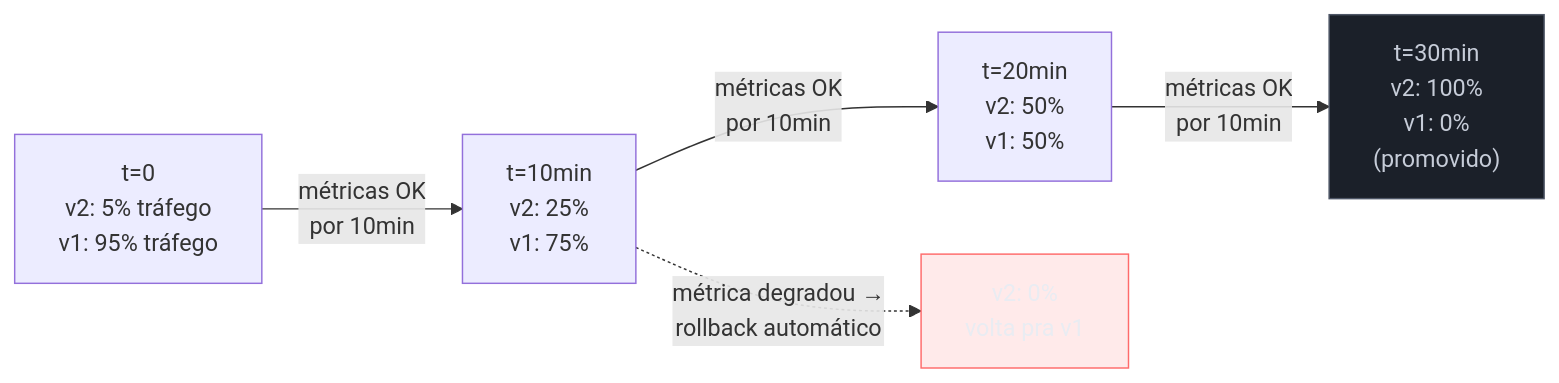
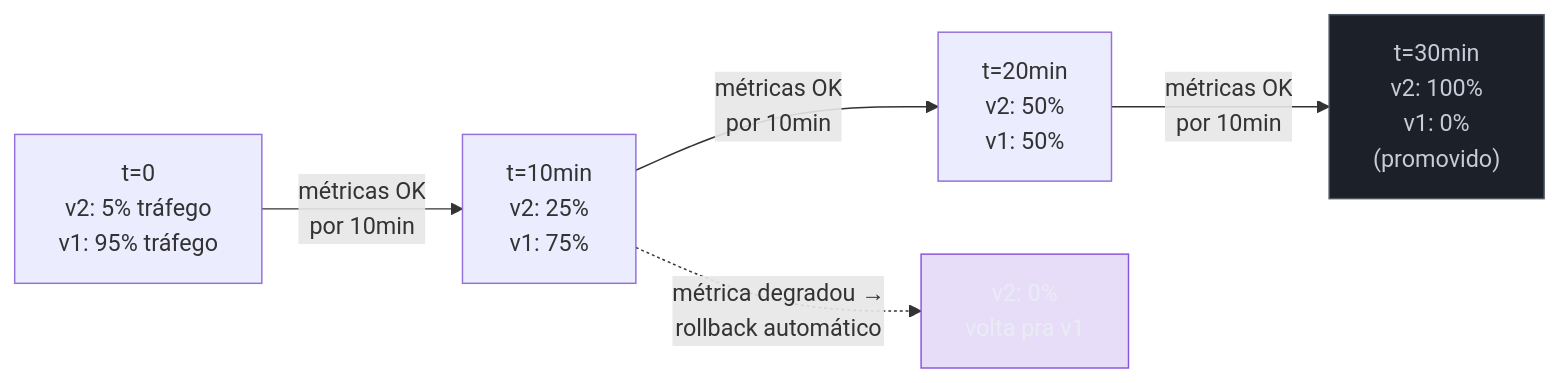
One commit to josenaldo/codex-technomanticus changed the third of 3 diagrams in 03-Dominios/Engenharia/Operação/2 - Entrega e release/02 - Deployment strategies.md. Above: the diagram before and after it, drawn with Mermaid. The commit also changed other lines of this file and 601 other files, not shown here.

````diff
--- a/03-Dominios/Engenharia/Operação/2 - Entrega e release/02 - Deployment strategies.md
+++ b/03-Dominios/Engenharia/Operação/2 - Entrega e release/02 - Deployment strategies.md
@@ -133,12 +132,12 @@
 ```mermaid
 graph LR
+    classDef marca fill:#8855DF33,stroke:#8855DF,color:#E9ECF2
     classDef neutro fill:#1B2029,stroke:#4E5666,color:#C6CCD8
-    classDef falha fill:#FF6B6B24,stroke:#FF6B6B,color:#E9ECF2
     T0["t=0<br/>v2: 5% tráfego<br/>v1: 95% tráfego"] -->|"métricas OK<br/>por 10min"| T1["t=10min<br/>v2: 25%<br/>v1: 75%"]
     T1 -->|"métricas OK<br/>por 10min"| T2["t=20min<br/>v2: 50%<br/>v1: 50%"]
     T2 -->|"métricas OK<br/>por 10min"| T3["t=30min<br/>v2: 100%<br/>v1: 0%<br/>(promovido)"]
     T1 -.->|"métrica degradou →<br/>rollback automático"| ROLLBACK["v2: 0%<br/>volta pra v1"]
 
     class T3 neutro
-    class ROLLBACK falha
+    class ROLLBACK marca
 ```
````
